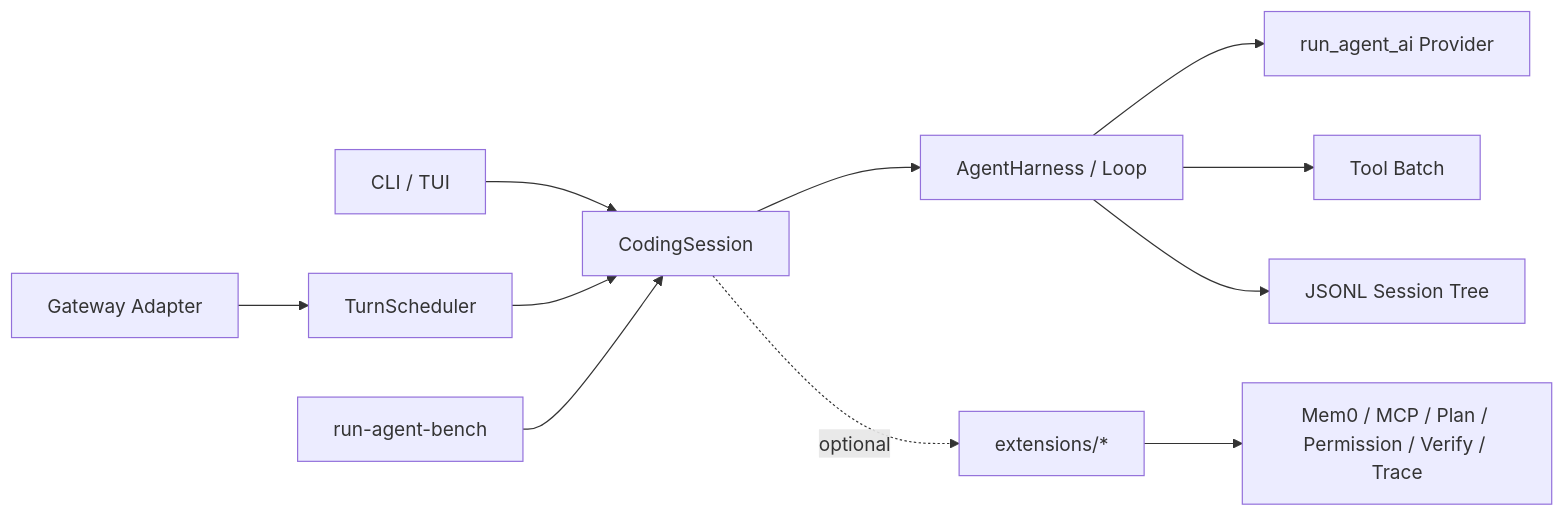
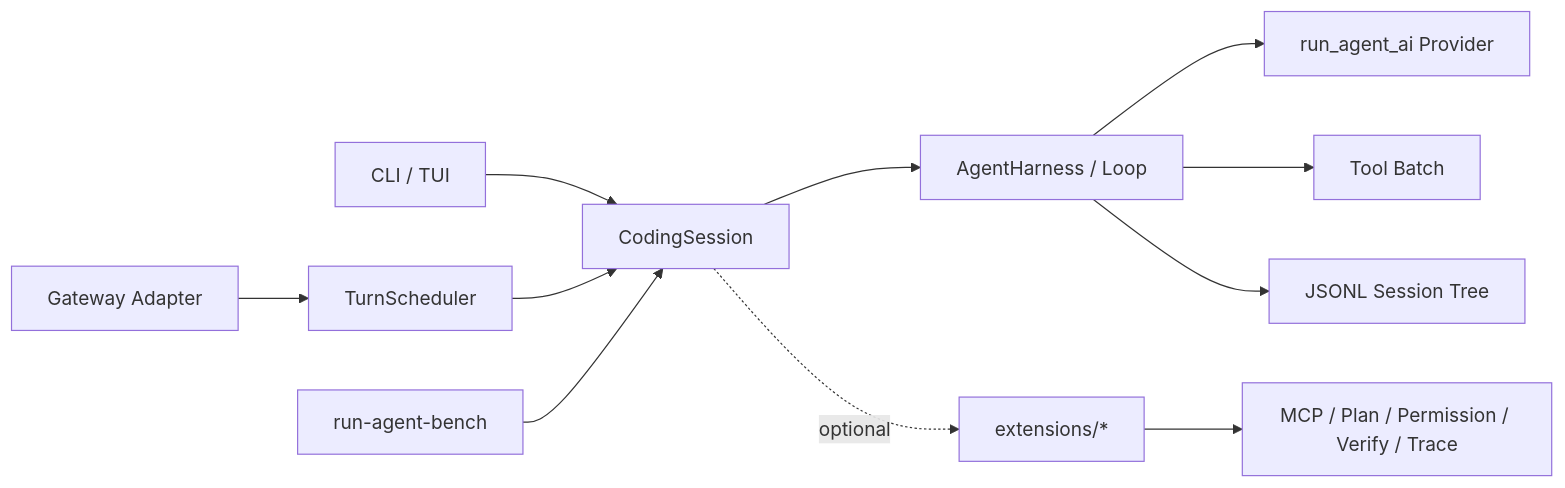
One commit to zhanglinrun/run-agent changed the diagram in README.md. Above: the diagram before and after it, drawn with Mermaid. The commit also changed other lines of this file and 49 other files, not shown here.

````diff
--- a/README.md
+++ b/README.md
@@ -32,13 +32,13 @@
 ```mermaid
 flowchart LR
   CLI[CLI / TUI] --> CS[CodingSession]
   GW[Gateway Adapter] --> SCH[TurnScheduler]
   SCH --> CS
   EVAL[run-agent-bench] --> CS
   CS --> HARN[AgentHarness / Loop]
   HARN --> PROV[run_agent_ai Provider]
   HARN --> TOOL[Tool Batch]
   HARN --> TREE[JSONL Session Tree]
   CS -. optional .-> EXT[extensions/*]
-  EXT --> MEM[Mem0 / MCP / Plan / Permission / Verify / Trace]
+  EXT --> MEM[MCP / Plan / Permission / Verify / Trace]
 ```
````
